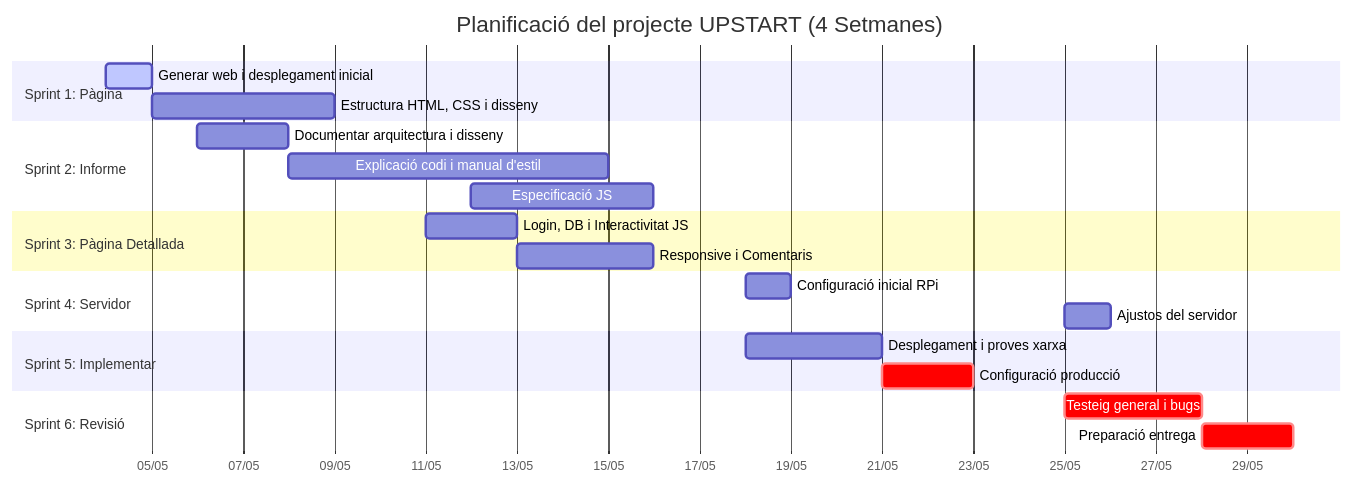
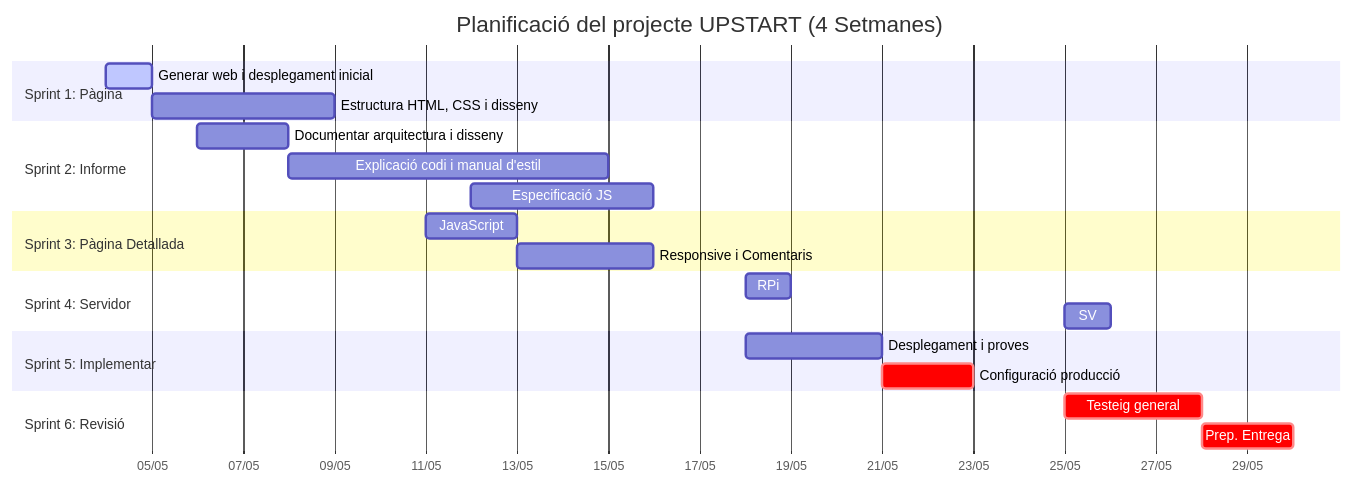
The diagram in README.md (Sukhdeep777/upstart), drawn with Mermaid before and after one commit.

Commit message:
asdasdasd

````diff
--- a/README.md
+++ b/README.md
@@ -2,31 +2,31 @@
 ```mermaid
 gantt
     title Planificació del projecte UPSTART (4 Setmanes)
     dateFormat  YYYY-MM-DD
     axisFormat  %d/%m
 
     section Sprint 1: Pàgina
     Generar web i desplegament inicial :active, s1t1, 2026-05-04, 1d
     Estructura HTML, CSS i disseny     :s1t2, after s1t1, 4d
 
     section Sprint 2: Informe
     Documentar arquitectura i disseny  :s2t1, 2026-05-06, 2d
     Explicació codi i manual d'estil   :s2t2, 2026-05-08, 7d
     Especificació JS                   :s2t3, 2026-05-12, 4d
 
     section Sprint 3: Pàgina Detallada
-    Login, DB i Interactivitat JS      :s3t1, 2026-05-11, 2d
+    JavaScript      :s3t1, 2026-05-11, 2d
     Responsive i Comentaris            :s3t2, 2026-05-13, 3d
 
     section Sprint 4: Servidor
-    Configuració inicial RPi           :s4t1, 2026-05-18, 1d
-    Ajustos del servidor               :s4t2, 2026-05-25, 1d
+    RPi           :s4t1, 2026-05-18, 1d
+    SV               :s4t2, 2026-05-25, 1d
 
     section Sprint 5: Implementar
-    Desplegament i proves xarxa        :s5t1, 2026-05-18, 3d
+    Desplegament i proves         :s5t1, 2026-05-18, 3d
     Configuració producció             :crit, s5t2, 2026-05-21, 2d
 
     section Sprint 6: Revisió
-    Testeig general i bugs             :crit, s6t1, 2026-05-25, 3d
-    Preparació entrega                 :crit, s6t2, 2026-05-28, 2d
+    Testeig general             :crit, s6t1, 2026-05-25, 3d
+    Prep. Entrega                 :crit, s6t2, 2026-05-28, 2d
 ```
````
